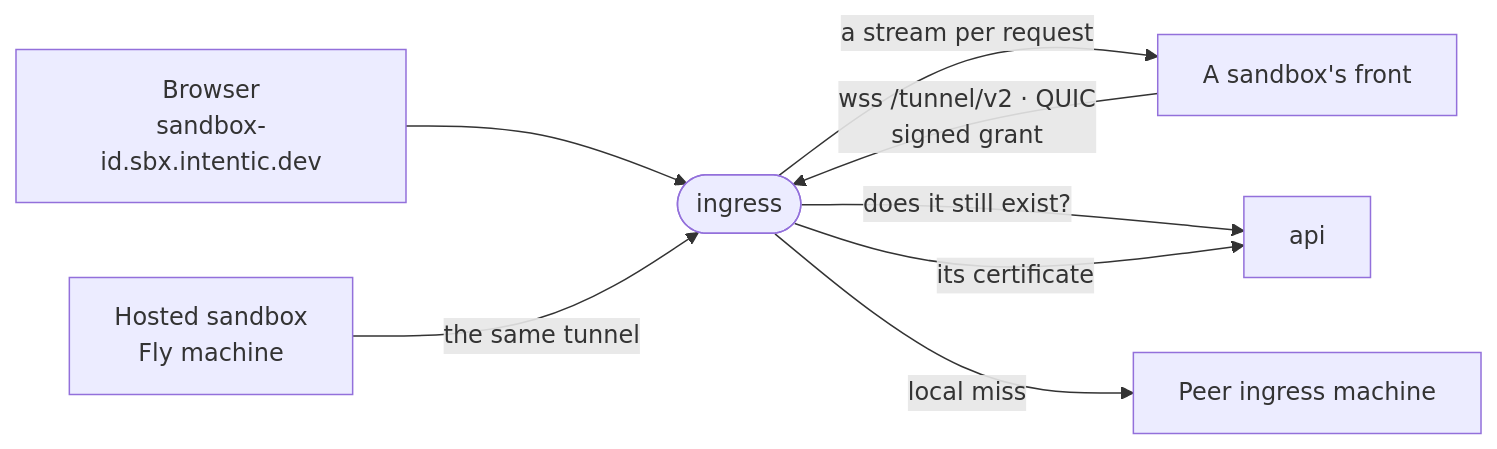
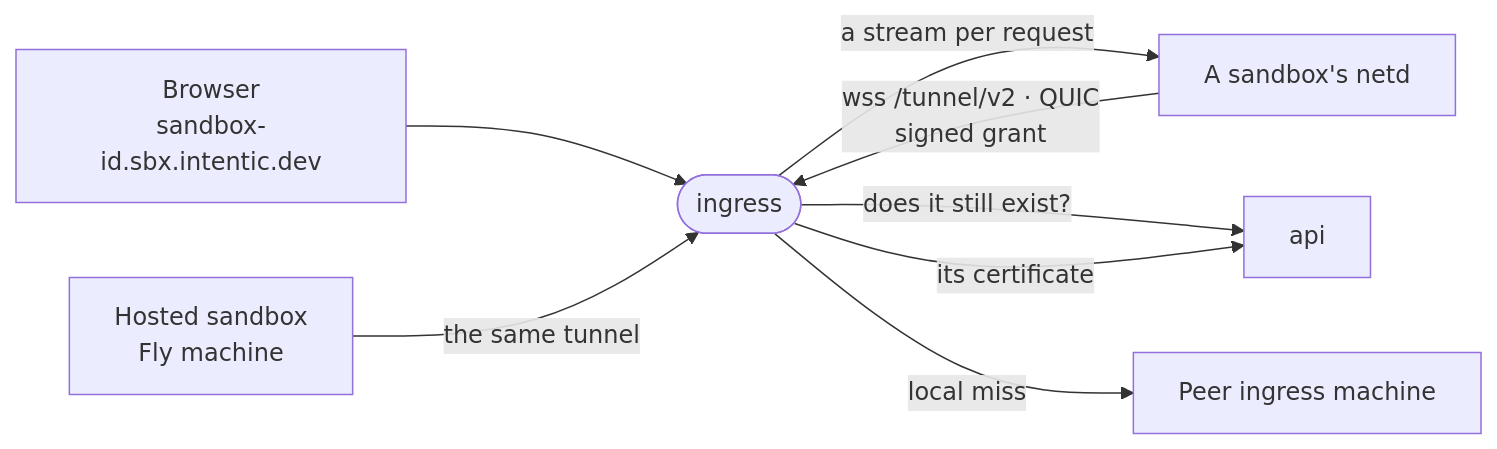
The diagram in _platform/ingress/README.md (intentic/intentic), drawn with Mermaid before and after one commit. The commit also changed other lines of this file and 248 other files, not shown here.

First line of the commit message:
feat(sandbox)!: replace front with netd and drop front-wire

````diff
--- a/_platform/ingress/README.md
+++ b/_platform/ingress/README.md
@@ -5,10 +5,10 @@
 ```mermaid
 flowchart LR
     browser["Browser<br/>sandbox-id.sbx.intentic.dev"] --> ingress(["ingress"])
-    front["A sandbox's front"] -- "wss /tunnel/v2 · QUIC<br/>signed grant" --> ingress
-    ingress -- "a stream per request" --> front
+    netd["A sandbox's netd"] -- "wss /tunnel/v2 · QUIC<br/>signed grant" --> ingress
+    ingress -- "a stream per request" --> netd
     hosted["Hosted sandbox<br/>Fly machine"] -- "the same tunnel" --> ingress
     ingress -- "does it still exist?" --> api["api"]
     ingress -- "its certificate" --> api
     ingress -- "local miss" --> peer["Peer ingress machine"]
 ```
````
